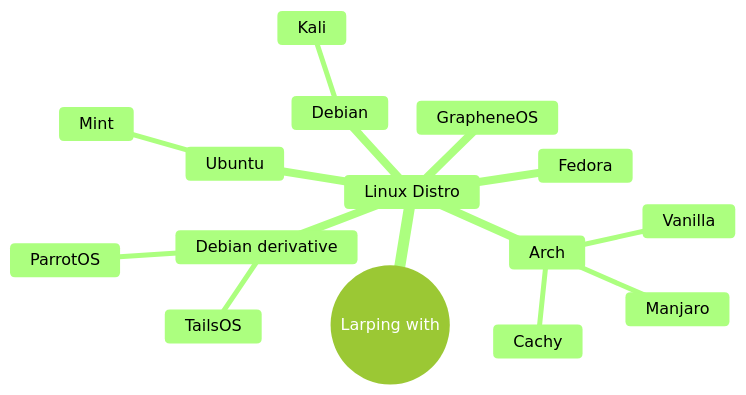
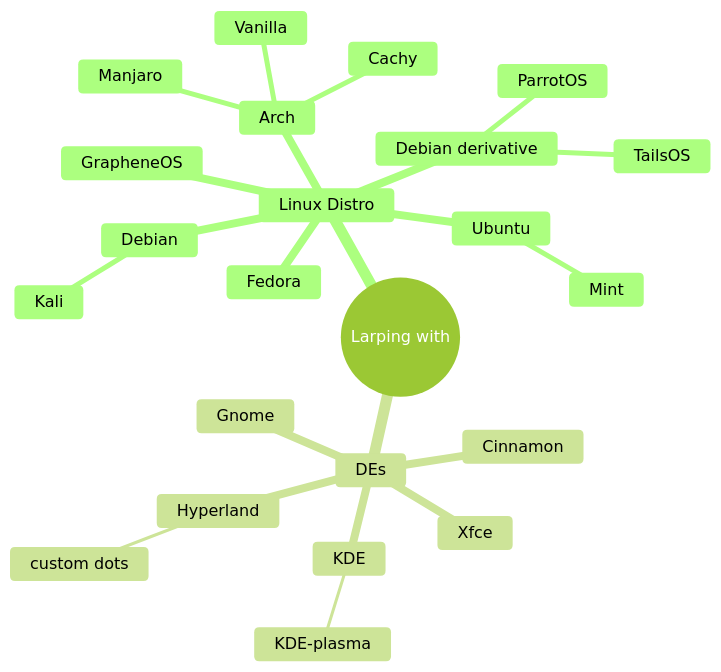
Before and after one commit to Chintanpatel24/Chintanpatel24: the diagram in README.md, drawn with Mermaid (forest theme).

````diff
--- a/README.md
+++ b/README.md
@@ -4,19 +4,27 @@
 ```mermaid
 mindmap
   root((Larping with))
    Linux Distro
     GrapheneOS
     Arch
       Vanilla
       Cachy
       Manjaro
     Debian
       Kali
     Ubuntu
       Mint
     Fedora
     Debian derivative
       ParrotOS
       TailsOS
-      
+   DEs
+      Xfce
+      KDE
+       KDE-plasma
+      Hyperland
+        custom dots  
+      Cinnamon
+      Gnome
+ 
 ```
````
